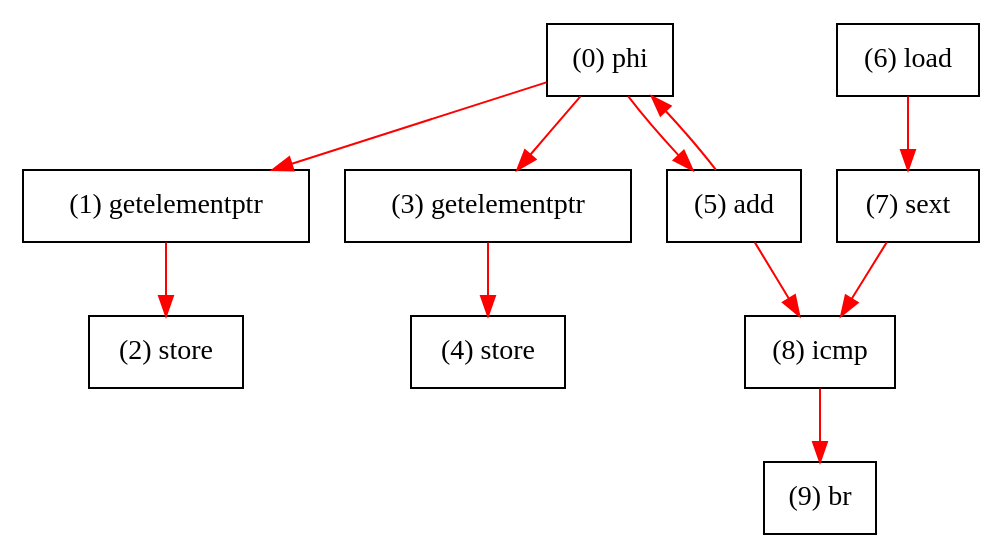
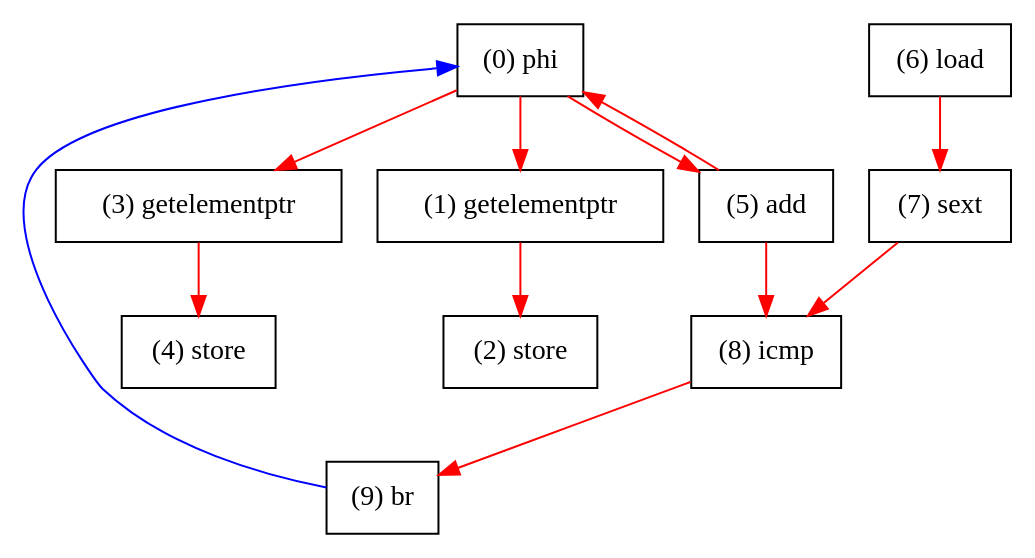
The diagram in benchmark/is/while/kernel_org.dot (tancheng/g-fpin), drawn with Graphviz before and after one commit. The commit also changed 34 other files, not shown here.

```diff
--- a/benchmark/is/while/kernel_org.dot
+++ b/benchmark/is/while/kernel_org.dot
@@ -1,23 +1,25 @@
 digraph "DFG for'kernel' function" {
 	Node0phi[shape=record, label="(0) phi"];
 	Node1getelementptr[shape=record, label="(1) getelementptr"];
 	Node2store[shape=record, label="(2) store"];
 	Node3getelementptr[shape=record, label="(3) getelementptr"];
 	Node4store[shape=record, label="(4) store"];
 	Node5add[shape=record, label="(5) add"];
 	Node6load[shape=record, label="(6) load"];
 	Node7sext[shape=record, label="(7) sext"];
 	Node8icmp[shape=record, label="(8) icmp"];
 	Node9br[shape=record, label="(9) br"];
+edge [color=blue]
+	Node9br -> Node0phi
 edge [color=red]
 	Node5add -> Node0phi
 	Node0phi -> Node1getelementptr
 	Node1getelementptr -> Node2store
 	Node0phi -> Node3getelementptr
 	Node3getelementptr -> Node4store
 	Node0phi -> Node5add
 	Node6load -> Node7sext
 	Node5add -> Node8icmp
 	Node7sext -> Node8icmp
 	Node8icmp -> Node9br
 }
```
